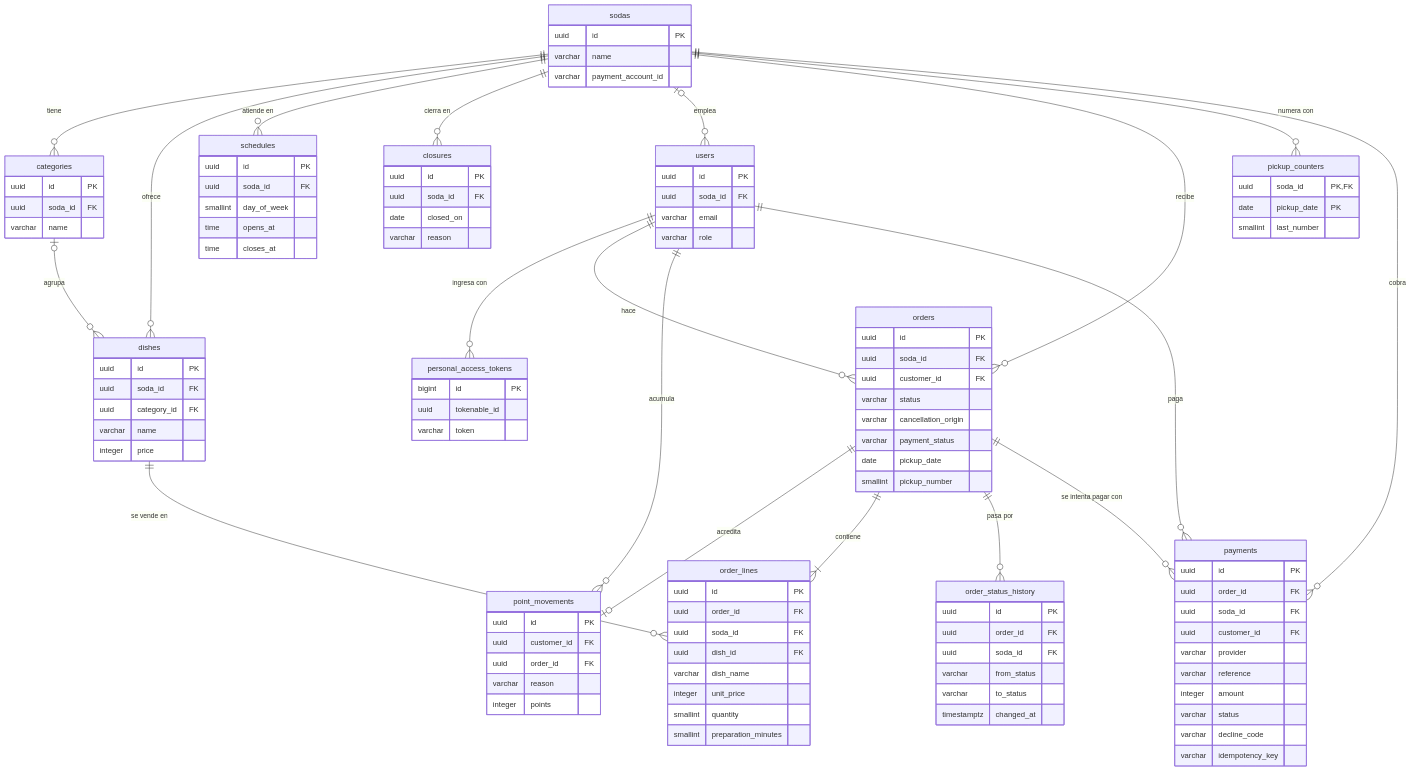
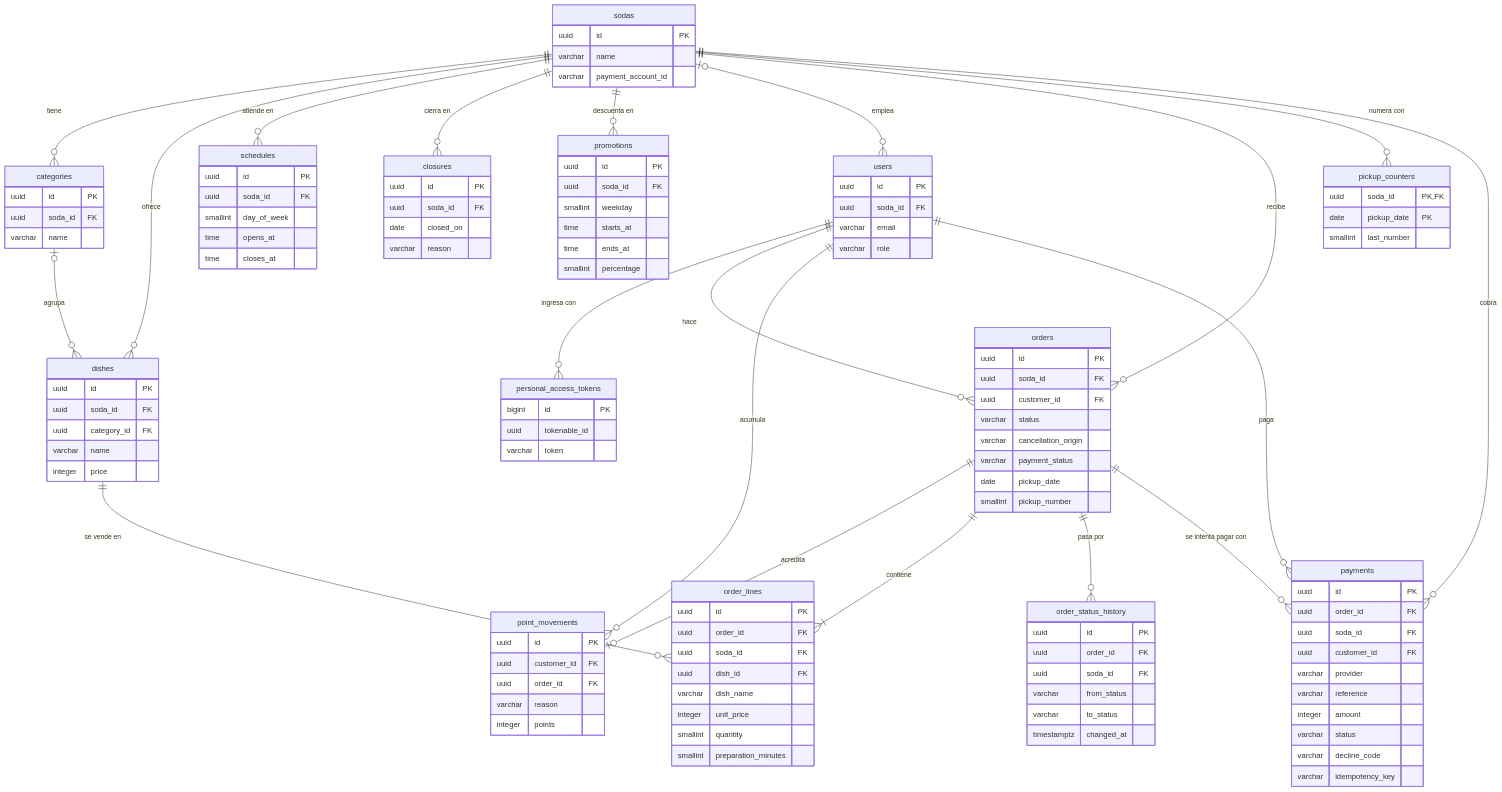
One commit to BryanChavesSalas/SodaYa-Hexagonal changed the diagram in docs/data-model.md. Above: the diagram before and after it, drawn with Mermaid. The commit also changed other lines of this file and 4 other files, not shown here.

```diff
--- a/docs/data-model.md
+++ b/docs/data-model.md
@@ -13,6 +13,7 @@
     categories |o--o{ dishes : "agrupa"
     sodas ||--o{ schedules : "atiende en"
     sodas ||--o{ closures : "cierra en"
+    sodas ||--o{ promotions : "descuenta en"
     sodas |o--o{ users : "emplea"
     users ||--o{ personal_access_tokens : "ingresa con"
     sodas ||--o{ orders : "recibe"
@@ -56,6 +57,14 @@
         uuid soda_id FK
         date closed_on
         varchar reason
+    }
+    promotions {
+        uuid id PK
+        uuid soda_id FK
+        smallint weekday
+        time starts_at
+        time ends_at
+        smallint percentage
     }
     users {
         uuid id PK
```
